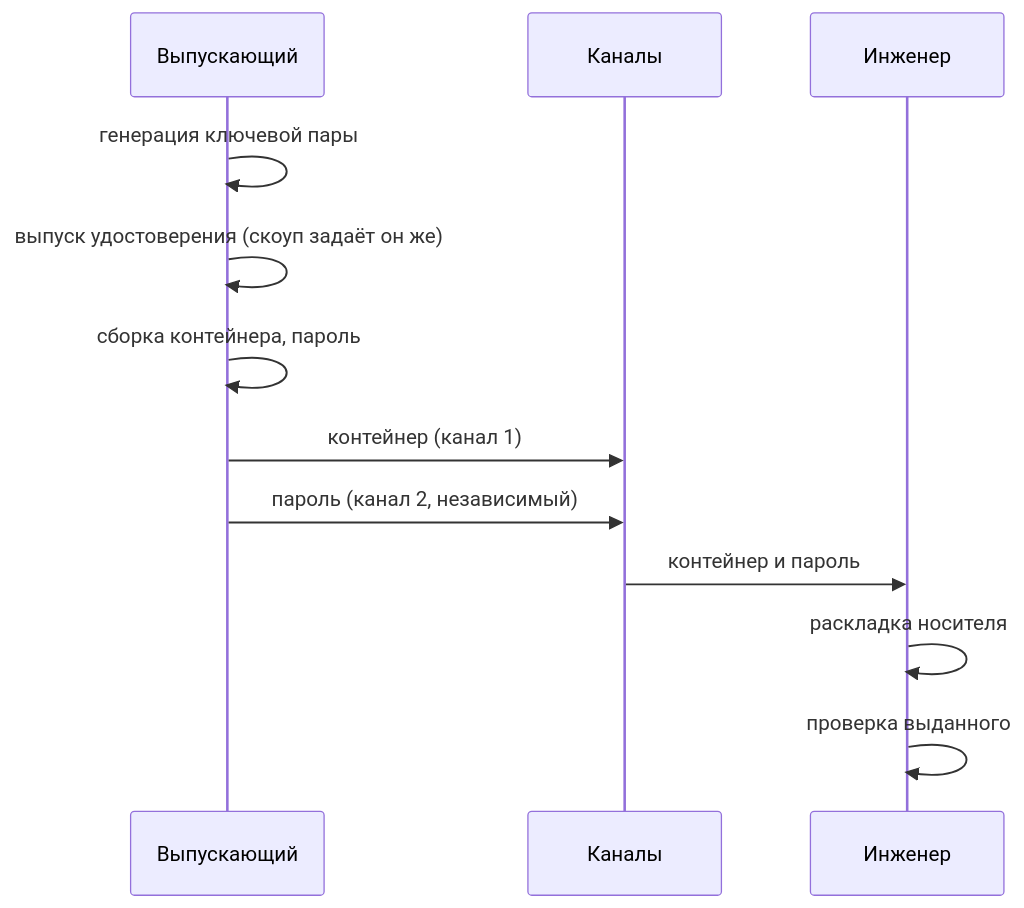
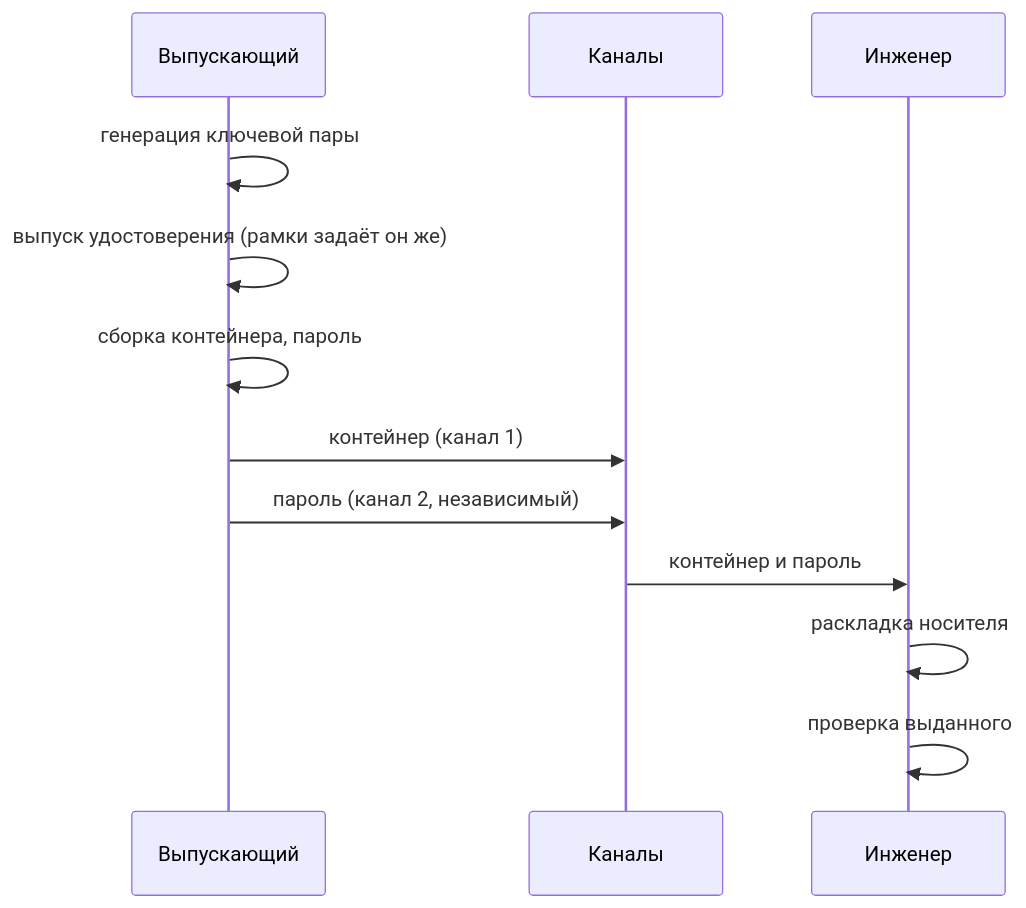
The diagram in docs/ru/issuance-central-key.md (TesseraLabs/tessera), drawn with Mermaid before and after one commit. The commit also changed 2 other files, not shown here.

Commit message:
docs(ru): say рамки where the issuance pages said скоуп

````diff
--- a/docs/ru/issuance-central-key.md
+++ b/docs/ru/issuance-central-key.md
@@ -17,14 +17,14 @@
 ```mermaid
 sequenceDiagram
     participant O as Выпускающий
     participant C as Каналы
     participant E as Инженер
     O->>O: генерация ключевой пары
-    O->>O: выпуск удостоверения (скоуп задаёт он же)
+    O->>O: выпуск удостоверения (рамки задаёт он же)
     O->>O: сборка контейнера, пароль
     O->>C: контейнер (канал 1)
     O->>C: пароль (канал 2, независимый)
     C->>E: контейнер и пароль
     E->>E: раскладка носителя
     E->>E: проверка выданного
 ```
````
